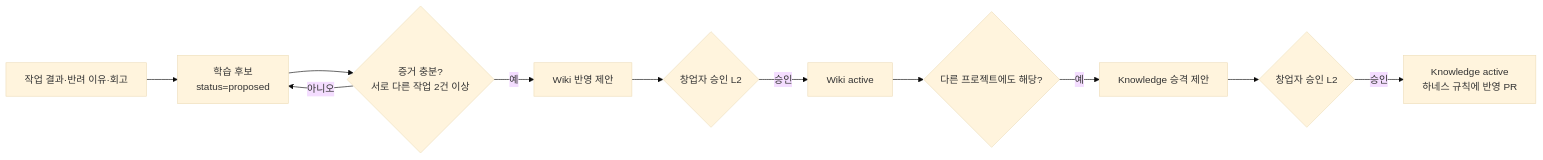
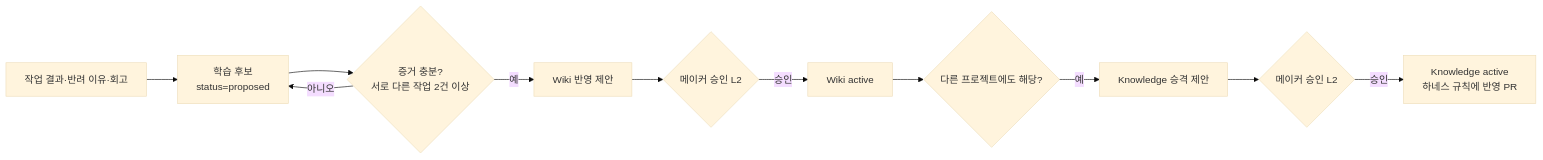
One commit to ysjee141/flywheel changed the ninth of 13 diagrams in plan-draft.md. Above: the diagram before and after it, drawn with Mermaid (base theme). The commit also changed other lines of this file and 1 other file, not shown here.

````diff
--- a/plan-draft.md
+++ b/plan-draft.md
@@ -543,13 +544,13 @@
 ```mermaid
 flowchart LR
   A[작업 결과·반려 이유·회고] --> B[학습 후보<br/>status=proposed]
   B --> C{증거 충분?<br/>서로 다른 작업 2건 이상}
   C -->|아니오| B
   C -->|예| D[Wiki 반영 제안]
-  D --> E{창업자 승인 L2}
+  D --> E{메이커 승인 L2}
   E -->|승인| F[Wiki active]
   F --> G{다른 프로젝트에도 해당?}
   G -->|예| H[Knowledge 승격 제안]
-  H --> I{창업자 승인 L2}
+  H --> I{메이커 승인 L2}
   I -->|승인| J[Knowledge active<br/>하네스 규칙에 반영 PR]
 ```
````
